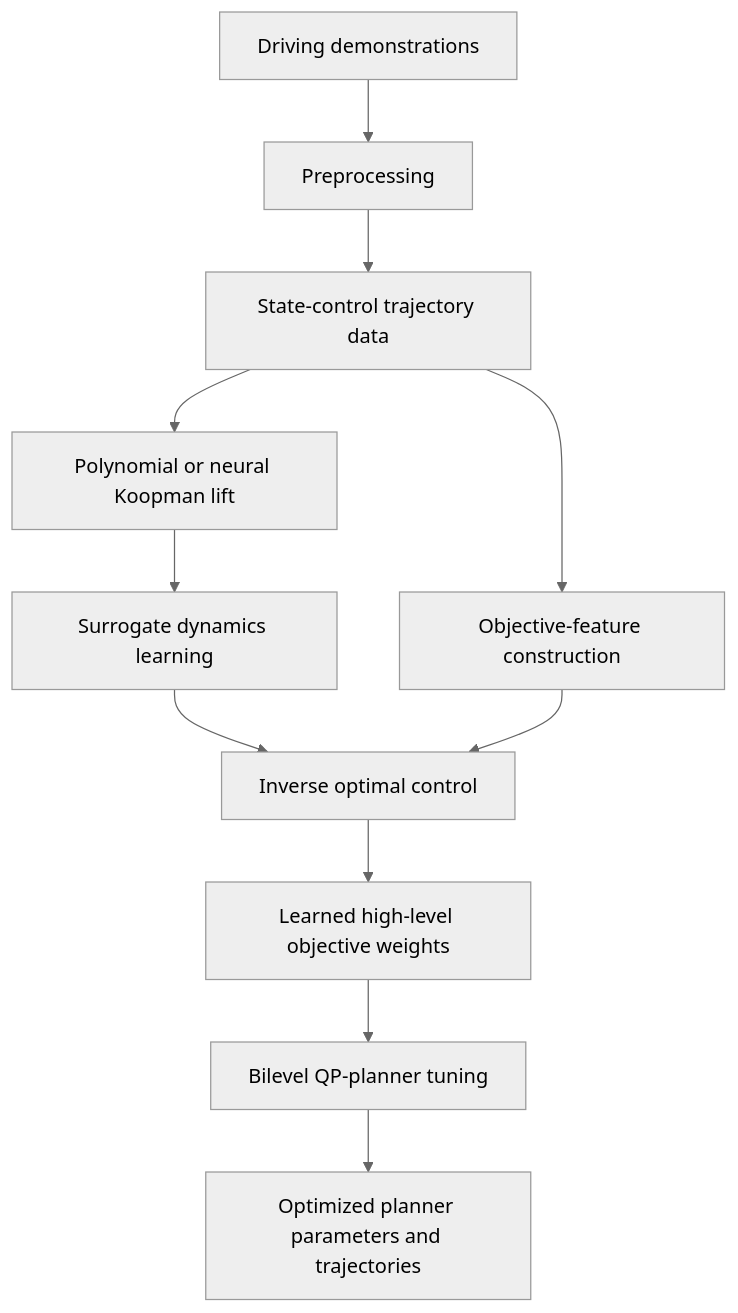
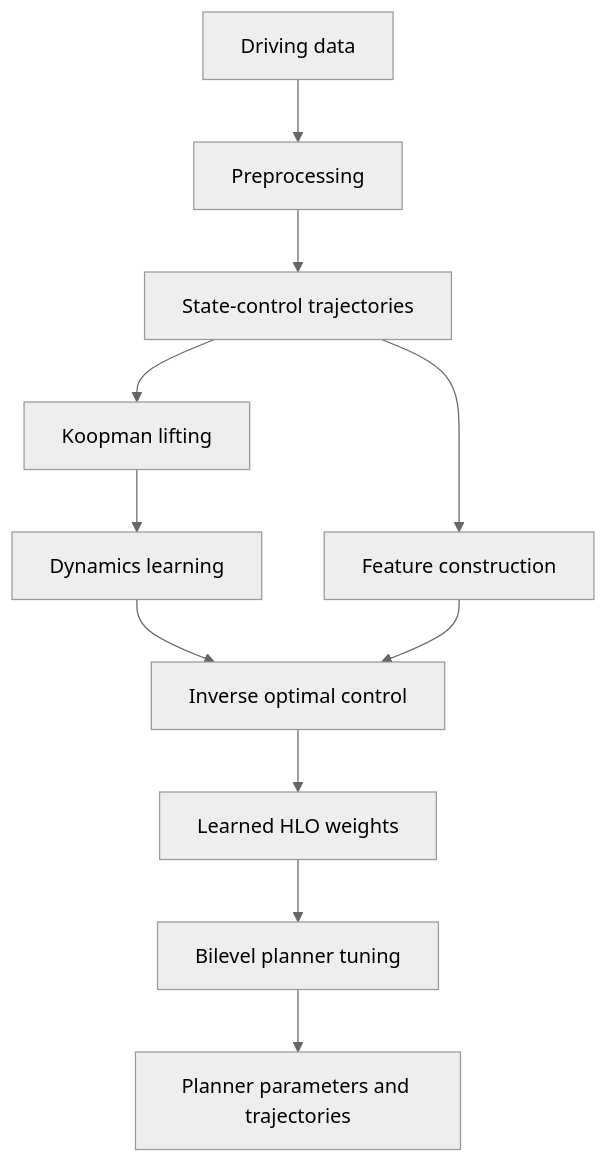
Before and after one commit to yerynkim-jazz/ddioc-trajectory-planning: the diagram in README.md, drawn with Mermaid (neutral theme). The commit also changed other lines of this file, not shown here.

Commit message:
Edited method architecture diagram again

````diff
--- a/README.md
+++ b/README.md
@@ -29,15 +29,15 @@
 ```mermaid
 flowchart TD
-    A["Driving demonstrations"] --> B["Preprocessing"]
-    B --> C["State-control trajectory data"]
-    C --> D["Polynomial or neural Koopman lift"]
-    D --> E["Surrogate dynamics learning"]
+    A["Driving data"] --> B["Preprocessing"]
+    B --> C["State-control trajectories"]
+    C --> D["Koopman lifting"]
+    D --> E["Dynamics learning"]
 
-    C --> F["Objective-feature construction"]
+    C --> F["Feature construction"]
     E --> G["Inverse optimal control"]
     F --> G
 
-    G --> H["Learned high-level objective weights"]
-    H --> I["Bilevel QP-planner tuning"]
-    I --> J["Optimized planner parameters and trajectories"]
+    G --> H["Learned HLO weights"]
+    H --> I["Bilevel planner tuning"]
+    I --> J["Planner parameters and trajectories"]
 ```
````
